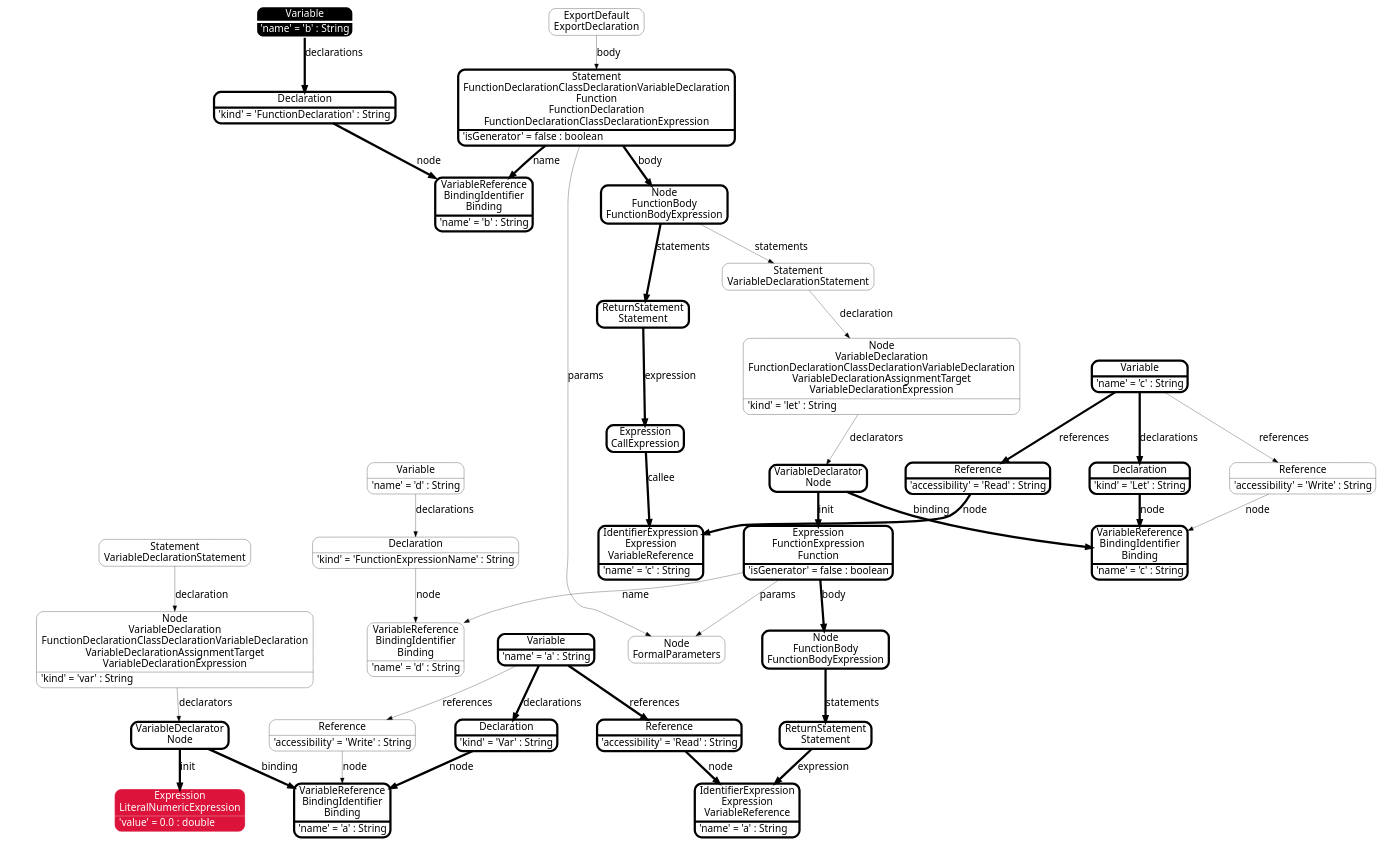
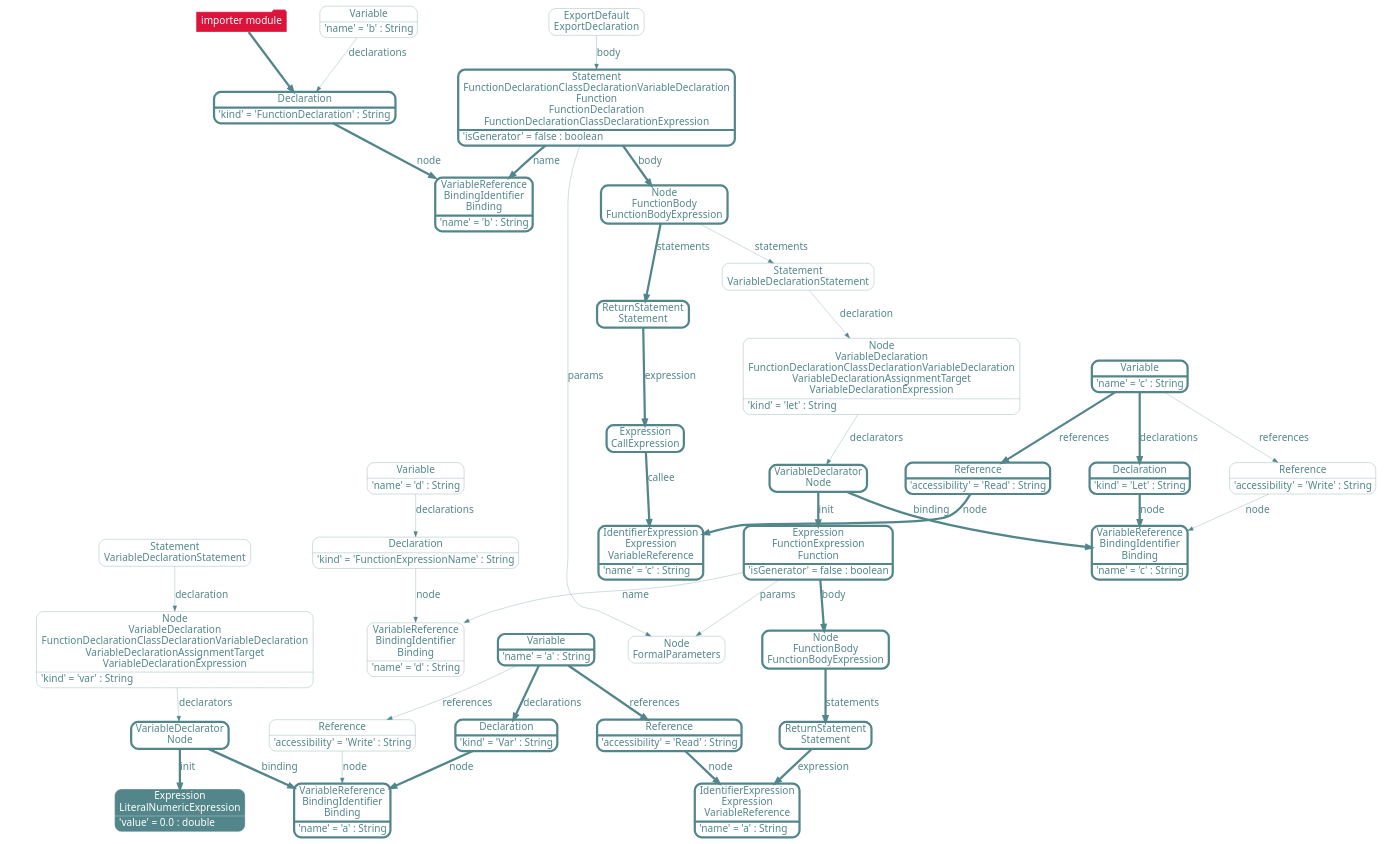
The diagram in src/figures/transitive-defect-propagation.dot (luczsoma/bsc-thesis), drawn with Graphviz before and after one commit. The commit also changed 5 other files, not shown here.

```diff
--- a/src/figures/transitive-defect-propagation.dot
+++ b/src/figures/transitive-defect-propagation.dot
@@ -5,11 +5,15 @@
     shape = "Mrecord"
     fontname = "Noto Sans"
     penwidth = 0.5
+    color = "cadetblue4"
+    fontcolor = "cadetblue4"
   ]
   edge [
     fontname = "Noto Sans"
     fontsize = "18"
     penwidth = 0.5
+    color = "cadetblue4"
+    fontcolor = "cadetblue4"
   ]
   N0 [
     label = "{ReturnStatement\nStatement}"
@@ -141,15 +145,9 @@
   ]
   N89 [
     label = "{Variable|'name' = 'b' : String\l}"
-    penwidth = 4
-    fillcolor = "black"
-    fontcolor = "white"
-    color = "white"
-    style = "filled"
   ]
   N89 -> N167 [
     label = "declarations\n"
-    penwidth = 4
   ]
   N91 [
     label = "{Expression\nCallExpression}"
@@ -211,7 +209,7 @@
   ]
   N142 [
     label = "{Expression\nLiteralNumericExpression|'value' = 0.0 : double\l}"
-    fillcolor = "crimson"
+    fillcolor = "cadetblue4"
     fontcolor = "white"
     color = "white"
     style = "filled"
@@ -248,8 +246,19 @@
   N162 -> N85 [
     label = "declarators\n"
   ]
+  N988 [
+    shape = "folder"
+    label = "importer module"
+    style = "filled"
+    fillcolor = "crimson"
+    fontcolor = "white"
+    color = "white"
+  ]
   N167 [
     label = "{Declaration|'kind' = 'FunctionDeclaration' : String\l}"
+    penwidth = 4
+  ]
+  N988 -> N167 [
     penwidth = 4
   ]
   N167 -> N33 [
```
